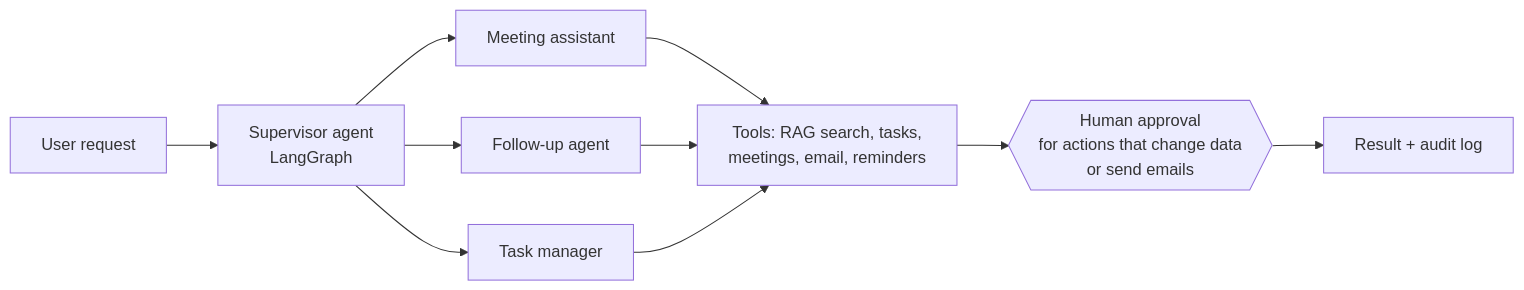
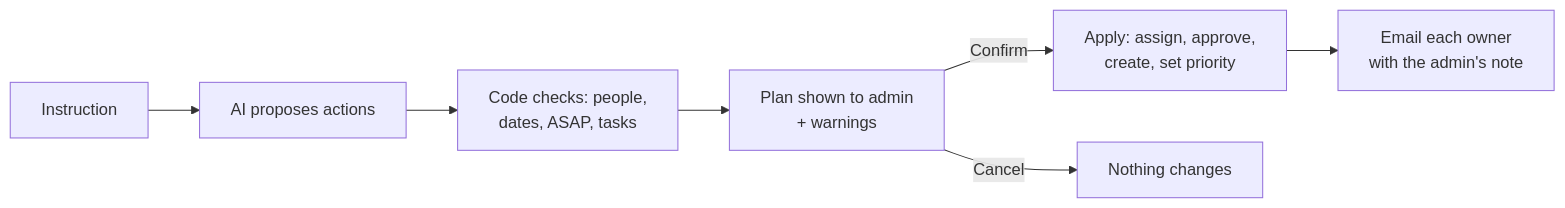
One commit to tawfeeqimtiyaz/MeetMind changed the fourth of 5 diagrams in README.md. Above: the diagram before and after it, drawn with Mermaid. The commit also changed other lines of this file, not shown here.

First line of the commit message:
updated readme with live meetings, documents, agents and reminders

````diff
--- a/README.md
+++ b/README.md
@@ -504,10 +238,9 @@
 ```mermaid
 flowchart LR
-    U[User request] --> SUP[Supervisor agent<br/>LangGraph]
-    SUP --> A1[Meeting assistant]
-    SUP --> A2[Follow-up agent]
-    SUP --> A3[Task manager]
-    A1 & A2 & A3 --> TL[Tools: RAG search, tasks,<br/>meetings, email, reminders]
-    TL --> HITL{{Human approval<br/>for actions that change data<br/>or send emails}}
-    HITL --> R[Result + audit log]
+    I[Instruction] --> P[AI proposes actions]
+    P --> V[Code checks: people,<br/>dates, ASAP, tasks]
+    V --> PL[Plan shown to admin<br/>+ warnings]
+    PL -->|Confirm| X[Apply: assign, approve,<br/>create, set priority]
+    X --> N[Email each owner<br/>with the admin's note]
+    PL -->|Cancel| C[Nothing changes]
 ```
````
